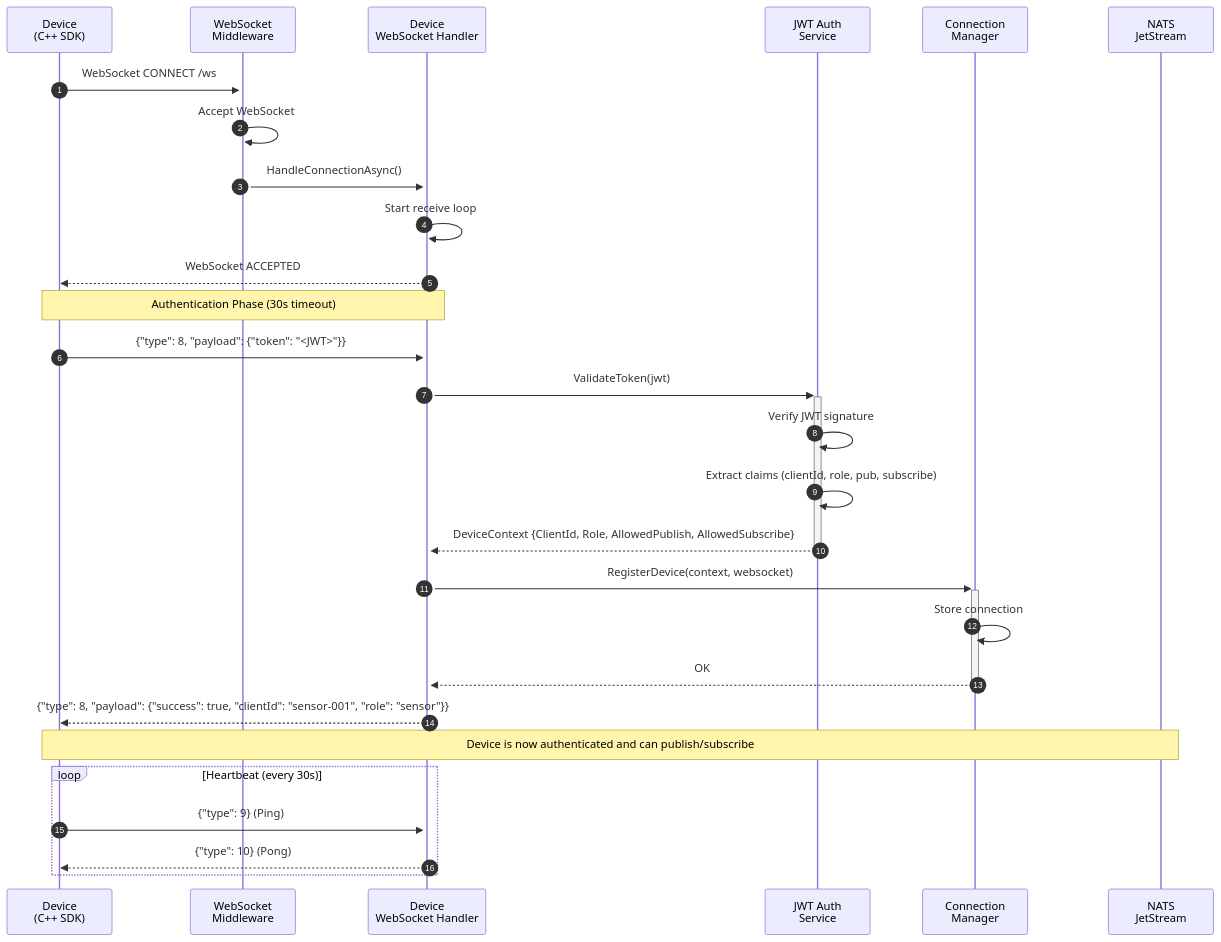
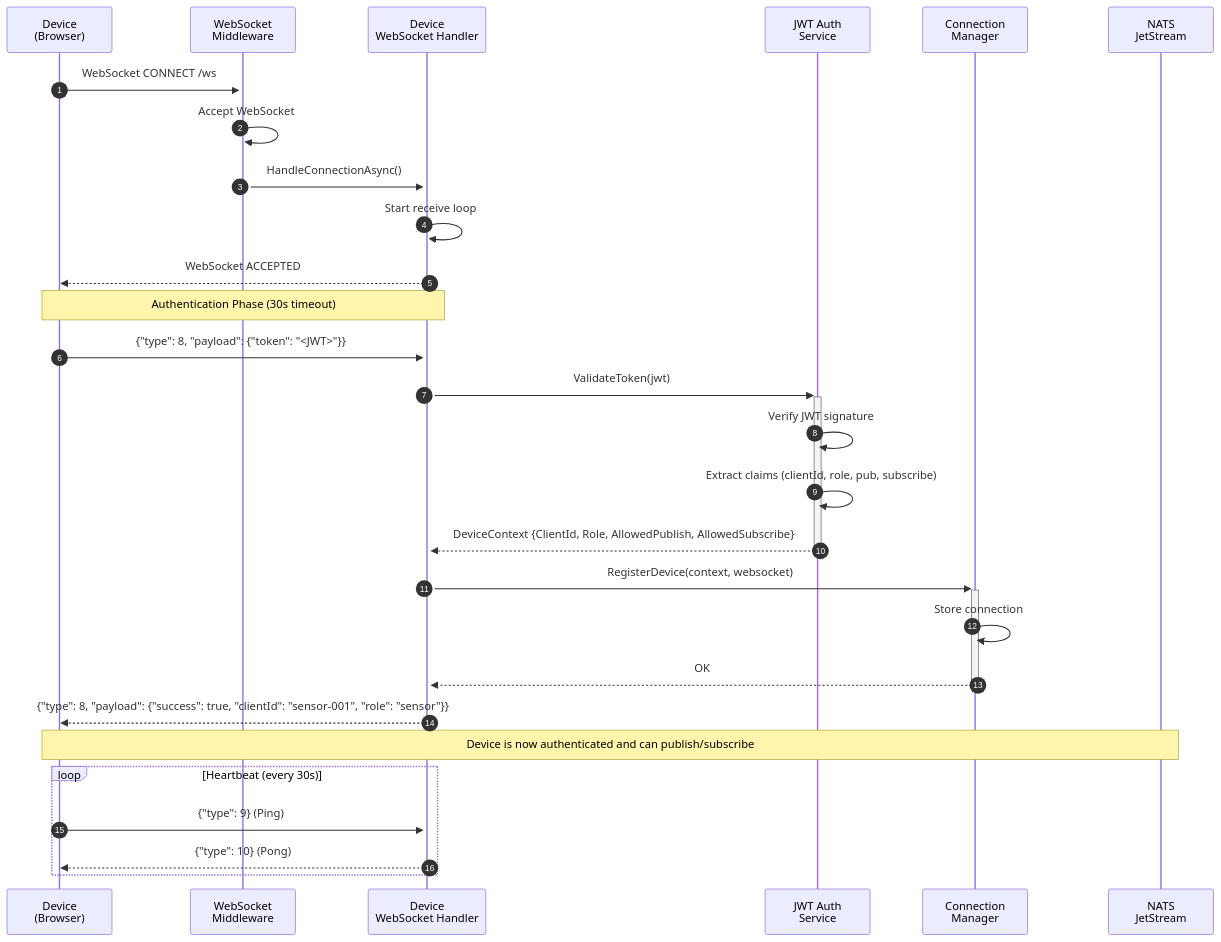
One commit to jtayl222/nats-websocket-bridge changed the second of 17 diagrams in docs/diagrams/sequence-diagrams.md. Above: the diagram before and after it, drawn with Mermaid. The commit also changed other lines of this file and 6 other files, not shown here.

````diff
--- a/docs/diagrams/sequence-diagrams.md
+++ b/docs/diagrams/sequence-diagrams.md
@@ -7,38 +40,38 @@
 ```mermaid
 sequenceDiagram
     autonumber
-    participant Device as Device<br/>(C++ SDK)
+    participant Device as Device<br/>(Browser)
     participant WS as WebSocket<br/>Middleware
     participant Handler as Device<br/>WebSocket Handler
     participant Auth as JWT Auth<br/>Service
     participant ConnMgr as Connection<br/>Manager
     participant NATS as NATS<br/>JetStream
 
     Device->>+WS: WebSocket CONNECT /ws
     WS->>WS: Accept WebSocket
     WS->>+Handler: HandleConnectionAsync()
     Handler->>Handler: Start receive loop
     Handler-->>Device: WebSocket ACCEPTED
 
     Note over Device,Handler: Authentication Phase (30s timeout)
 
     Device->>Handler: {"type": 8, "payload": {"token": "<JWT>"}}
 
     Handler->>+Auth: ValidateToken(jwt)
     Auth->>Auth: Verify JWT signature
     Auth->>Auth: Extract claims (clientId, role, pub, subscribe)
     Auth-->>-Handler: DeviceContext {ClientId, Role, AllowedPublish, AllowedSubscribe}
 
     Handler->>+ConnMgr: RegisterDevice(context, websocket)
     ConnMgr->>ConnMgr: Store connection
     ConnMgr-->>-Handler: OK
 
     Handler-->>Device: {"type": 8, "payload": {"success": true, "clientId": "sensor-001", "role": "sensor"}}
 
     Note over Device,NATS: Device is now authenticated and can publish/subscribe
 
     loop Heartbeat (every 30s)
         Device->>Handler: {"type": 9} (Ping)
         Handler-->>Device: {"type": 10} (Pong)
     end
 ```
````
